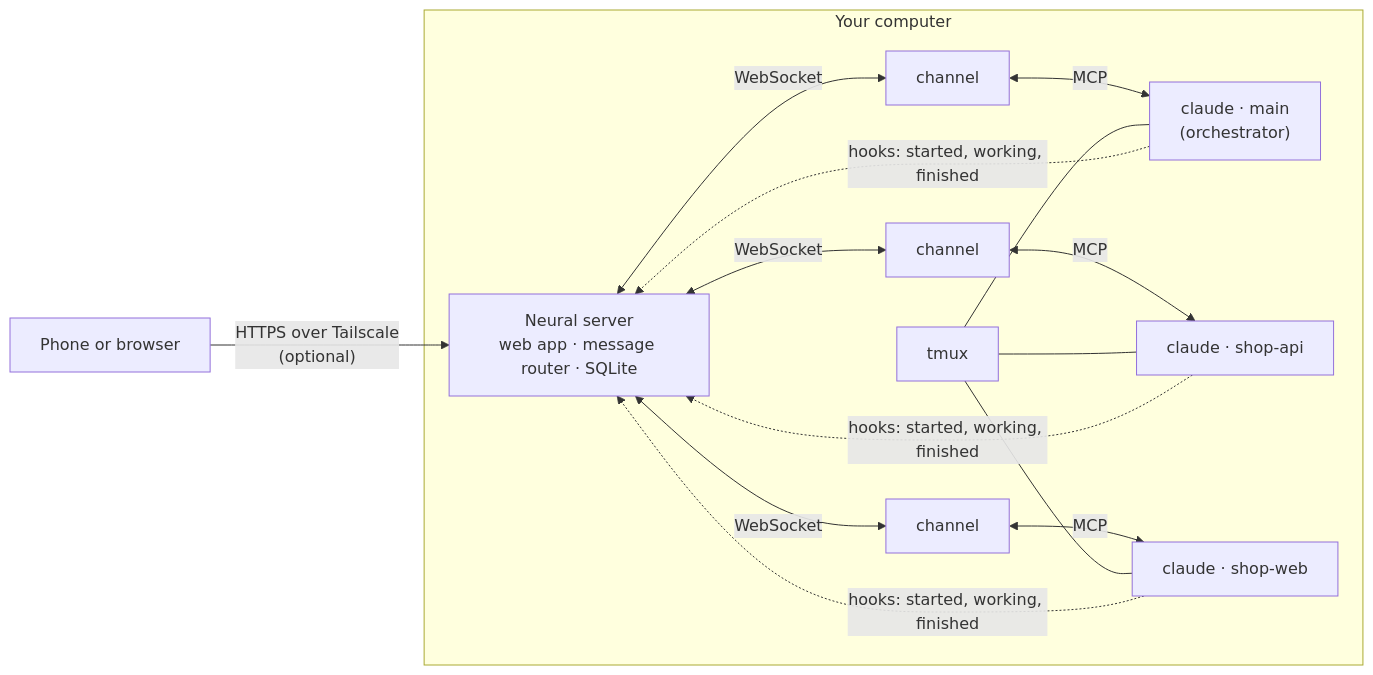
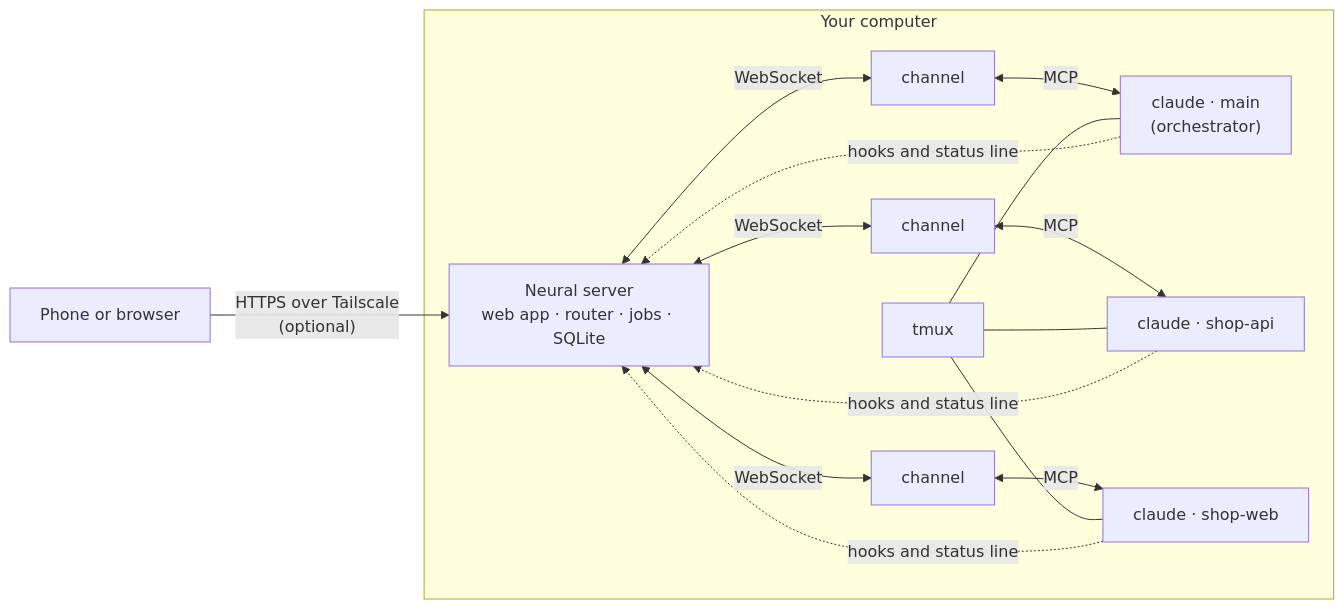
The diagram in README.md (MKempler/neural), drawn with Mermaid before and after one commit. The commit also changed other lines of this file and 1 other file, not shown here.

````diff
--- a/README.md
+++ b/README.md
@@ -88,12 +270,12 @@
 ```mermaid
 flowchart LR
   phone["Phone or browser"] -- "HTTPS over Tailscale<br/>(optional)" --> server
   subgraph mac["Your computer"]
-    server["Neural server<br/>web app · message router · SQLite"]
+    server["Neural server<br/>web app · router · jobs · SQLite"]
     server <-- "WebSocket" --> c1["channel"] <-- "MCP" --> s1["claude · main<br/>(orchestrator)"]
     server <-- "WebSocket" --> c2["channel"] <-- "MCP" --> s2["claude · shop-api"]
     server <-- "WebSocket" --> c3["channel"] <-- "MCP" --> s3["claude · shop-web"]
-    s1 & s2 & s3 -. "hooks: started, working, finished" .-> server
+    s1 & s2 & s3 -. "hooks and status line" .-> server
     tmux["tmux"] --- s1 & s2 & s3
   end
 ```
````
